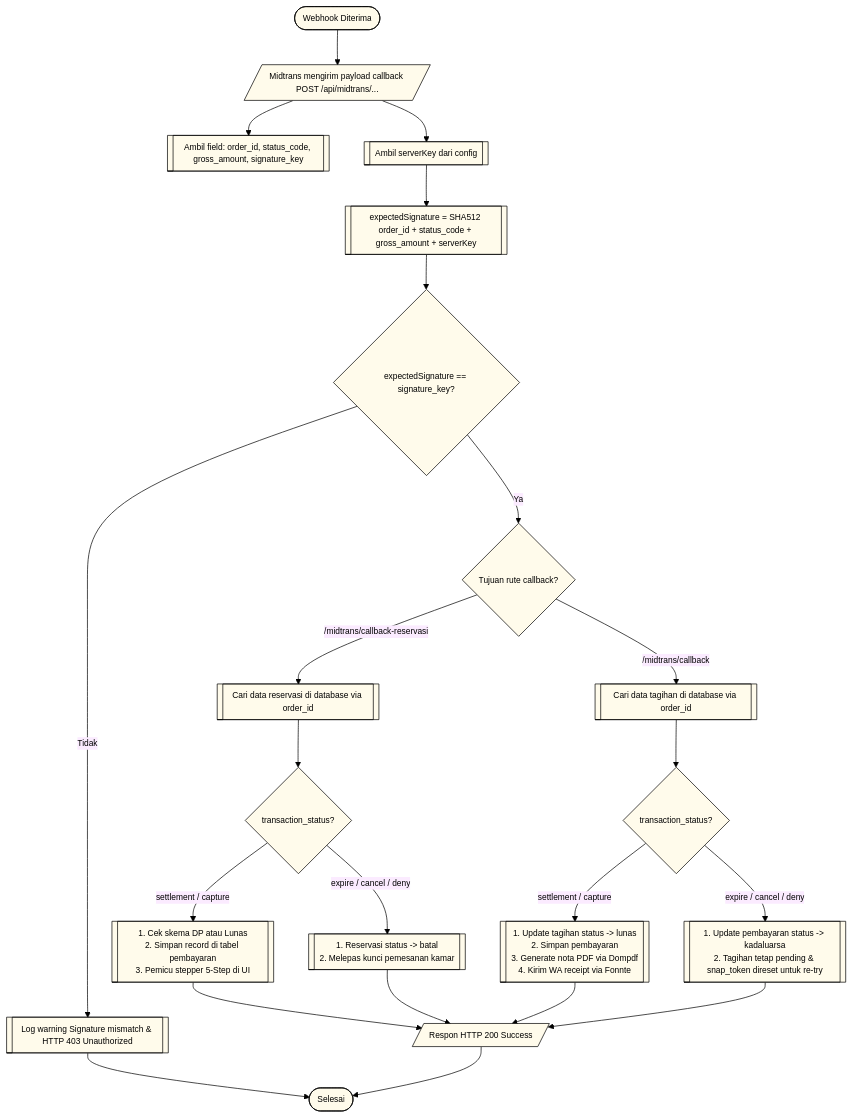
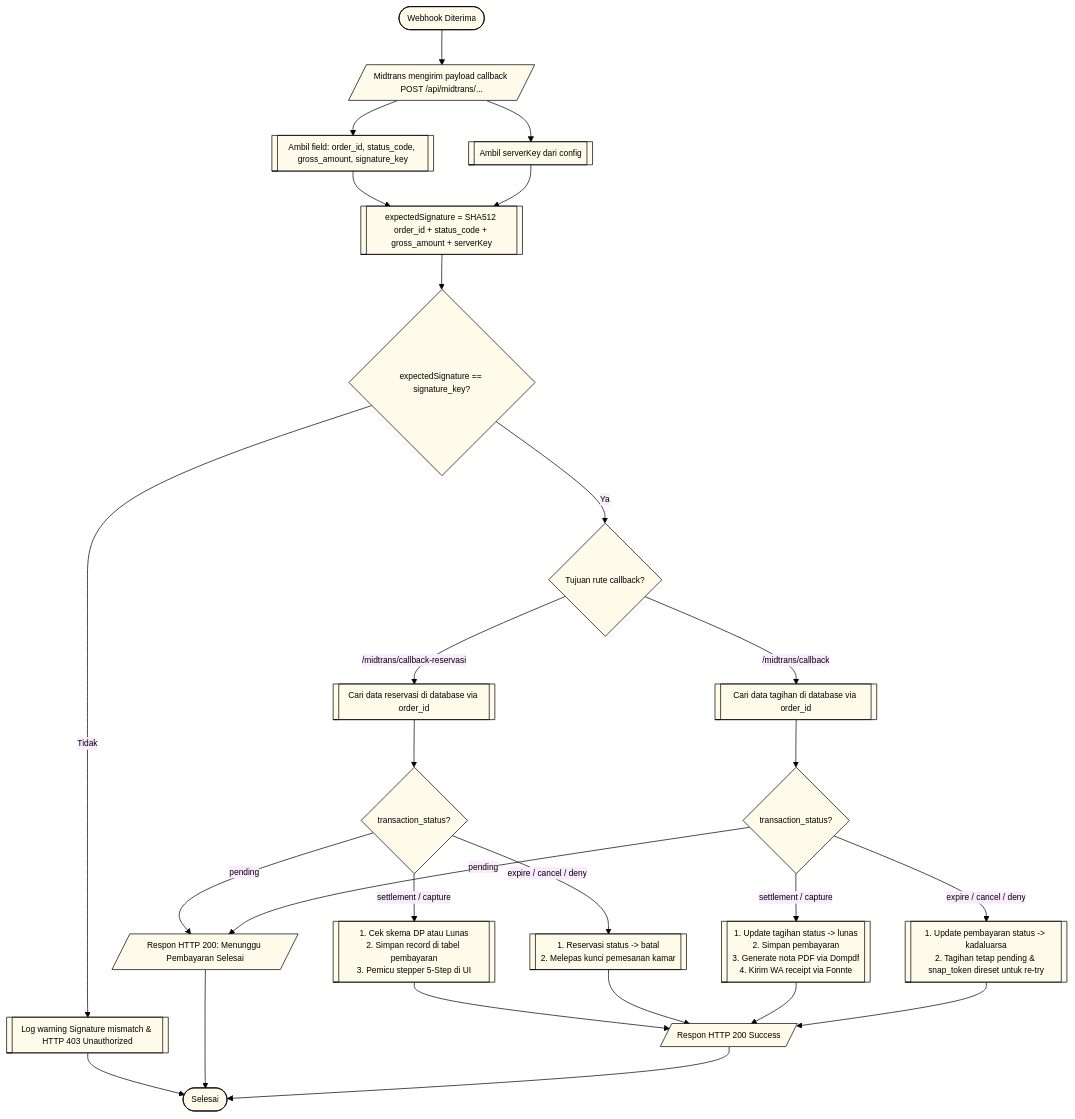
Before and after one commit to rafifarsyapradiva/asri-boarding-house: the diagram in Blueprint/flowchart/alur_webhook_midtrans.mmd, drawn with Mermaid. The commit also changed 40 other files, not shown here.

Commit message:
docs(flowchart): audit ISO 5807, eliminasi dead-end & loop, diagram alur keputusan terpadu, dan update blueprint v238.0

```diff
--- a/Blueprint/flowchart/alur_webhook_midtrans.mmd
+++ b/Blueprint/flowchart/alur_webhook_midtrans.mmd
@@ -1,42 +1,46 @@
 %%{init: {
   'theme': 'base',
   'themeVariables': {
     'primaryColor': '#FFFBEB',
     'primaryTextColor': '#000000',
     'primaryBorderColor': '#000000',
     'lineColor': '#000000',
     'fontSize': '12px',
     'fontFamily': 'Inter, system-ui, sans-serif'
   }
 }}%%
 flowchart TD
     Start([Webhook Diterima]) --> GetPayload[/Midtrans mengirim payload callback POST /api/midtrans/.../]
     GetPayload --> ExtractFields[[Ambil field: order_id, status_code, gross_amount, signature_key]]
     GetPayload --> LoadServerKey[[Ambil serverKey dari config]]
     
-    LoadServerKey --> CalcSignature[[expectedSignature = SHA512 order_id + status_code + gross_amount + serverKey]]
+    ExtractFields --> CalcSignature[[expectedSignature = SHA512 order_id + status_code + gross_amount + serverKey]]
+    LoadServerKey --> CalcSignature
     CalcSignature --> VerifySig{"expectedSignature == signature_key?"}
     
     VerifySig -- "Tidak" --> RejectSig[[Log warning Signature mismatch & HTTP 403 Unauthorized]]
     RejectSig --> Selesai([Selesai])
     
     VerifySig -- "Ya" --> RouteCallback{"Tujuan rute callback?"}
     
     RouteCallback -- "/midtrans/callback-reservasi" --> GetReservasi[[Cari data reservasi di database via order_id]]
     GetReservasi --> ReservasiStatus{"transaction_status?"}
     
     ReservasiStatus -- "settlement / capture" --> SetReservasiBayar[[1. Cek skema DP atau Lunas<br>2. Simpan record di tabel pembayaran<br>3. Pemicu stepper 5-Step di UI]]
     ReservasiStatus -- "expire / cancel / deny" --> SetReservasiBatal[[1. Reservasi status -> batal<br>2. Melepas kunci pemesanan kamar]]
+    ReservasiStatus -- "pending" --> ResponPending[/Respon HTTP 200: Menunggu Pembayaran Selesai/]
     
     RouteCallback -- "/midtrans/callback" --> GetTagihan[[Cari data tagihan di database via order_id]]
     GetTagihan --> TagihanStatus{"transaction_status?"}
     
     TagihanStatus -- "settlement / capture" --> SetTagihanLunas[[1. Update tagihan status -> lunas<br>2. Simpan pembayaran<br>3. Generate nota PDF via Dompdf<br>4. Kirim WA receipt via Fonnte]]
     TagihanStatus -- "expire / cancel / deny" --> SetTagihanGagal[[1. Update pembayaran status -> kadaluarsa<br>2. Tagihan tetap pending & snap_token direset untuk re-try]]
+    TagihanStatus -- "pending" --> ResponPending
     
     SetReservasiBayar --> ResponSuccess[/Respon HTTP 200 Success/]
     SetReservasiBatal --> ResponSuccess
     SetTagihanLunas --> ResponSuccess
     SetTagihanGagal --> ResponSuccess
+    ResponPending --> Selesai
     
     ResponSuccess --> Selesai
```
